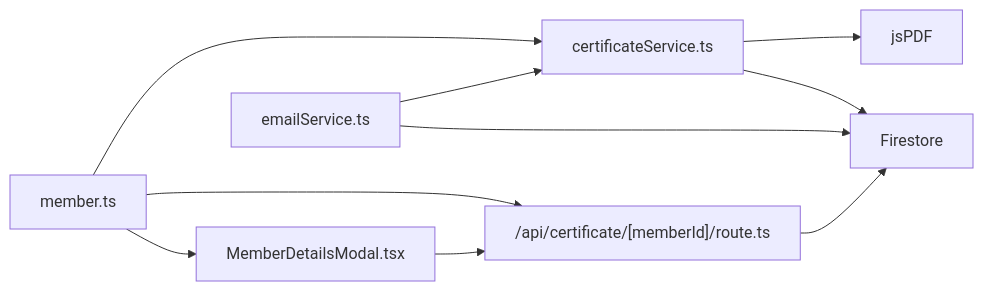
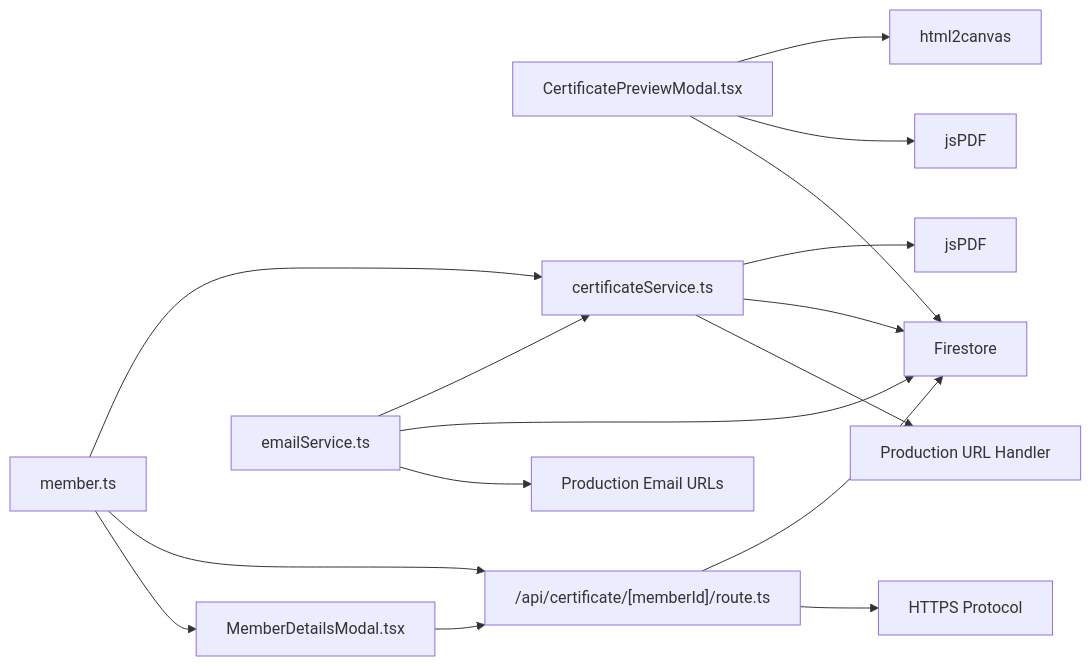
The seventh of 7 diagrams in .qoder/repowiki/en/content/Email & Notification System/Certificate Generation System.md (Unsure-bry/sampacoop_system), drawn with Mermaid before and after one commit. The commit also changed other lines of this file and 12 other files, not shown here.

````diff
--- a/.qoder/repowiki/en/content/Email & Notification System/Certificate Generation System.md
+++ b/.qoder/repowiki/en/content/Email & Notification System/Certificate Generation System.md
@@ -387,12 +505,18 @@
 ```mermaid
 graph LR
+Preview["CertificatePreviewModal.tsx"] --> HTML2["html2canvas"]
+Preview --> JSPDF["jsPDF"]
+Preview --> FS["Firestore"]
 Service["certificateService.ts"] --> JS["jsPDF"]
-Service --> FS["Firestore"]
+Service --> FS
+Service --> ProdURL["Production URL Handler"]
 API["/api/certificate/[memberId]/route.ts"] --> FS
+API --> HTTPS["HTTPS Protocol"]
 MemberDetails["MemberDetailsModal.tsx"] --> API
 Email["emailService.ts"] --> Service
 Email --> FS
+Email --> ProdEmail["Production Email URLs"]
 Types["member.ts"] --> Service
 Types --> API
 Types --> MemberDetails
 ```
````
